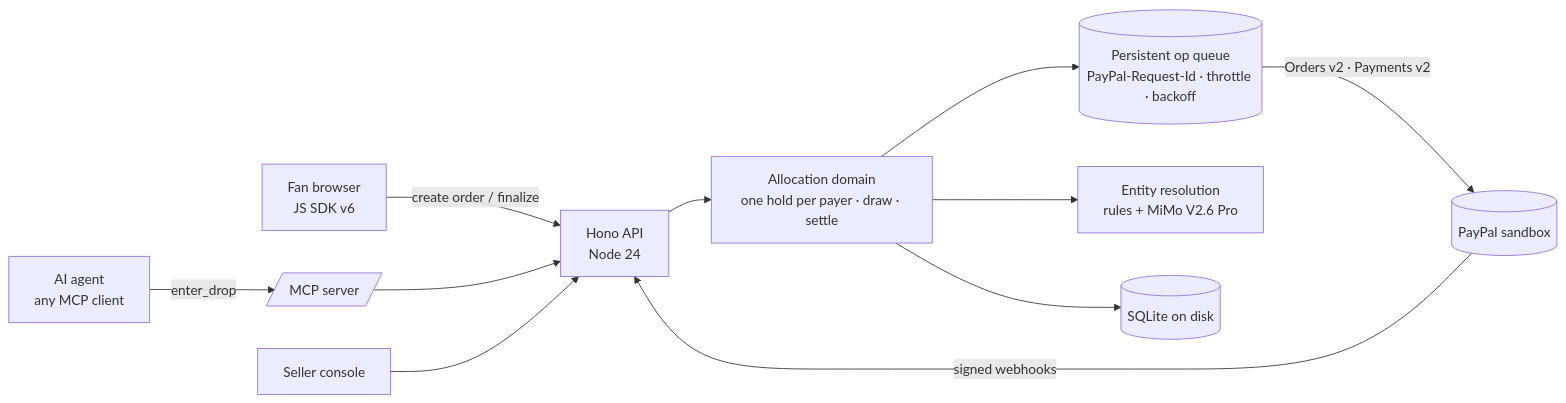
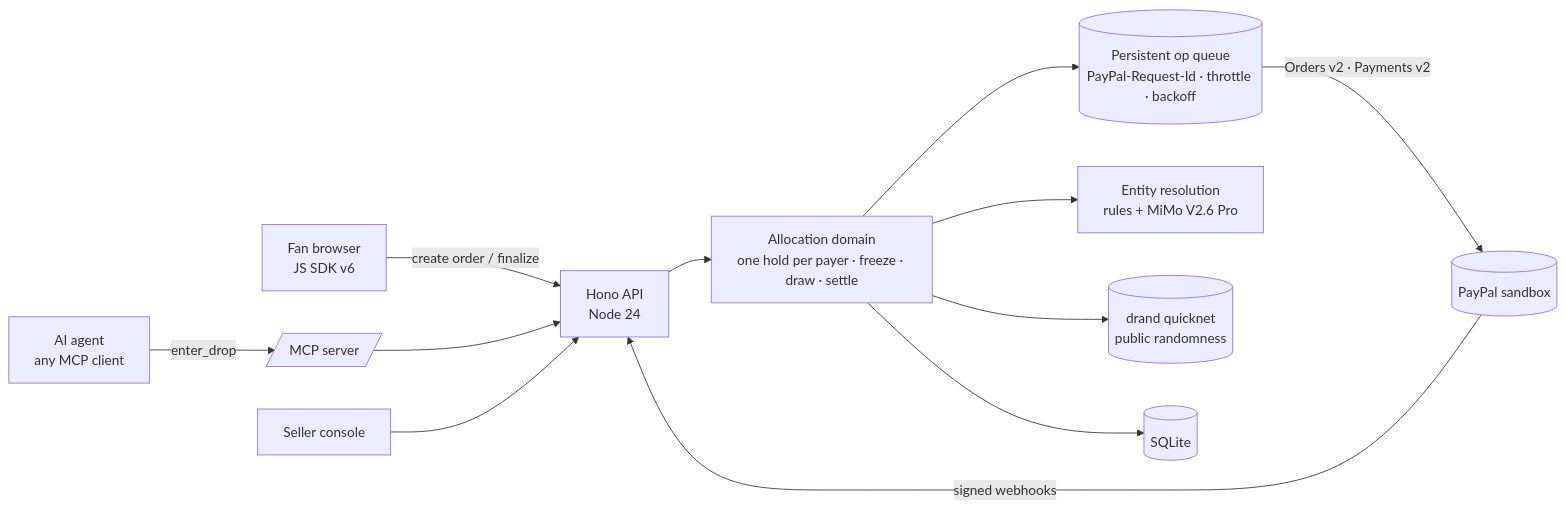
One commit to KaraAliOsman/paylet changed the second of 2 diagrams in README.md. Above: the diagram before and after it, drawn with Mermaid. The commit also changed other lines of this file, not shown here.

First line of the commit message:
docs(P1-09,P0-09): README for judges — PayPal thesis, cited impact, real-sandbox proof, unhappy paths, criteria map

````diff
--- a/README.md
+++ b/README.md
@@ -103,13 +332,14 @@
 ```mermaid
 flowchart LR
-  Fan[Fan browser\nJS SDK v6] -->|create order / finalize| API
-  Agent[AI agent\nany MCP client] -->|enter_drop| MCP
+  Fan[Fan browser<br/>JS SDK v6] -->|create order / finalize| API
+  Agent[AI agent<br/>any MCP client] -->|enter_drop| MCP
   MCP[/MCP server/] --> API
-  API[Hono API\nNode 24] --> Domain[Allocation domain\none hold per payer · draw · settle]
-  Domain --> Queue[(Persistent op queue\nPayPal-Request-Id · throttle · backoff)]
+  API[Hono API<br/>Node 24] --> Domain[Allocation domain<br/>one hold per payer · freeze · draw · settle]
+  Domain --> Queue[(Persistent op queue<br/>PayPal-Request-Id · throttle · backoff)]
   Queue -->|Orders v2 · Payments v2| PayPal[(PayPal sandbox)]
   PayPal -->|signed webhooks| API
-  Domain --> ER[Entity resolution\nrules + MiMo V2.6 Pro]
-  Domain --> DB[(SQLite on disk)]
+  Domain --> ER[Entity resolution<br/>rules + MiMo V2.6 Pro]
+  Domain --> Drand[(drand quicknet<br/>public randomness)]
+  Domain --> DB[(SQLite)]
   Seller[Seller console] --> API
 ```
````
